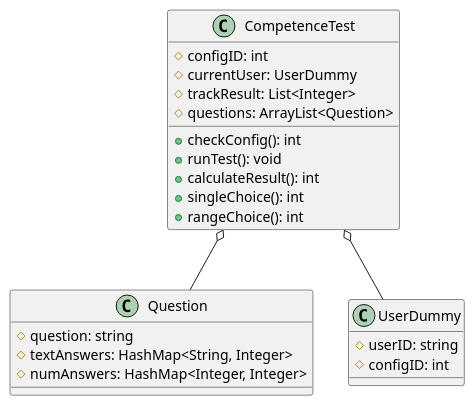
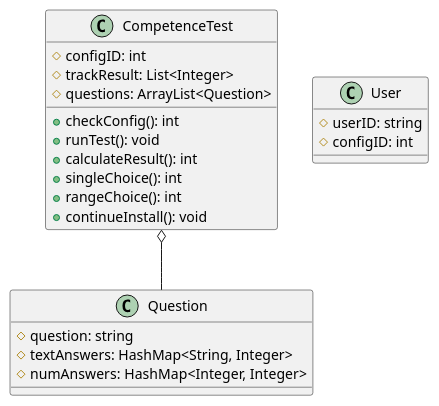
Before and after one commit to MaRoeIT/SoftwareEng_Gruppe_13: the diagram in SET_gruppe_13/src/main/java/no/hiof/g13/uml/competence_testUML.puml, drawn with PlantUML. The commit also changed 5 other files, not shown here.

```diff
--- a/SET_gruppe_13/src/main/java/no/hiof/g13/uml/competence_testUML.puml
+++ b/SET_gruppe_13/src/main/java/no/hiof/g13/uml/competence_testUML.puml
@@ -1,31 +1,30 @@
 @startuml
 'https://plantuml.com/class-diagram
 
 class CompetenceTest {
     #configID: int
-    #currentUser: UserDummy
     #trackResult: List<Integer>
     #questions: ArrayList<Question>
 
     +checkConfig(): int
     +runTest(): void
     +calculateResult(): int
     +singleChoice(): int
     +rangeChoice(): int
+    +continueInstall(): void
 
 }
 
 class Question {
     #question: string
     #textAnswers: HashMap<String, Integer>
     #numAnswers: HashMap<Integer, Integer>
 }
 
-class UserDummy {
+class User {
     #userID: string
     #configID: int
 }
 
 CompetenceTest o-- Question
-CompetenceTest o-- UserDummy
 @enduml
```
